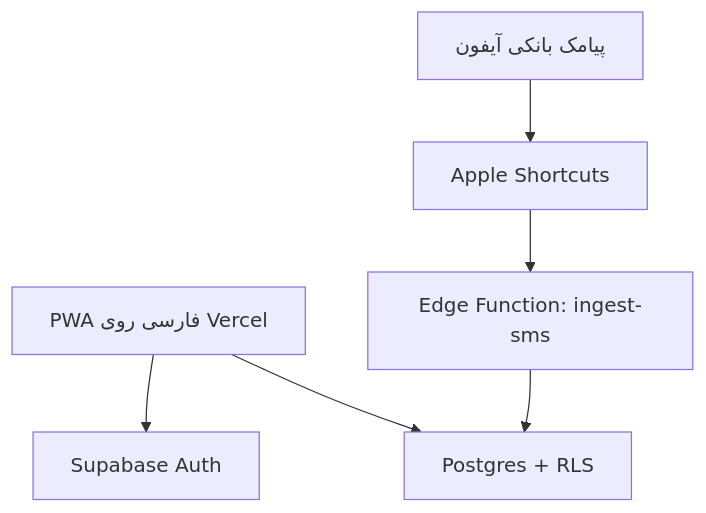
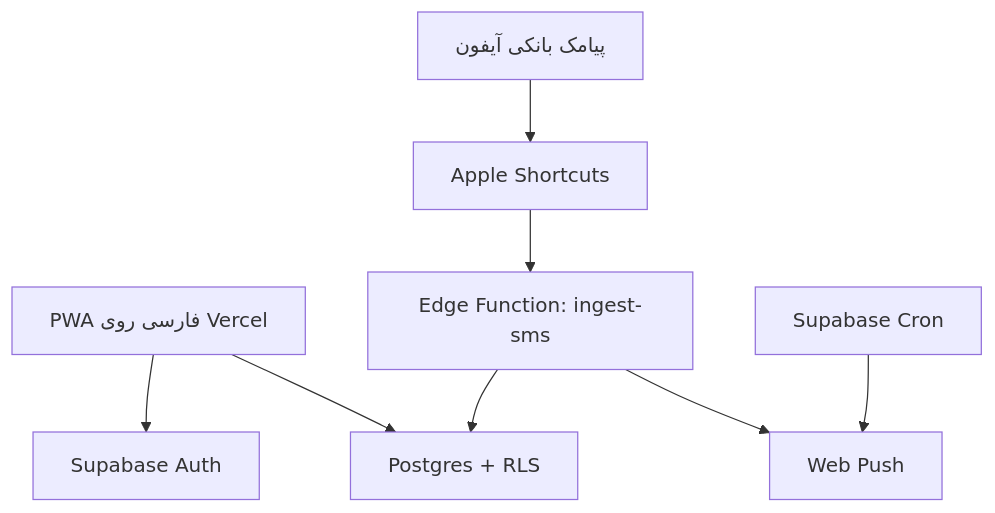
One commit to arschia/darayiban changed the diagram in README.md. Above: the diagram before and after it, drawn with Mermaid. The commit also changed other lines of this file and 16 other files, not shown here.

````diff
--- a/README.md
+++ b/README.md
@@ -43,8 +45,10 @@
 ```mermaid
 flowchart TD
   UI["PWA فارسی روی Vercel"] --> AUTH["Supabase Auth"]
   UI --> DATA["Postgres + RLS"]
   SMS["پیامک بانکی آیفون"] --> SHORTCUT["Apple Shortcuts"]
   SHORTCUT --> EDGE["Edge Function: ingest-sms"]
   EDGE --> DATA
+  EDGE --> PUSH["Web Push"]
+  CRON["Supabase Cron"] --> PUSH
 ```
````
